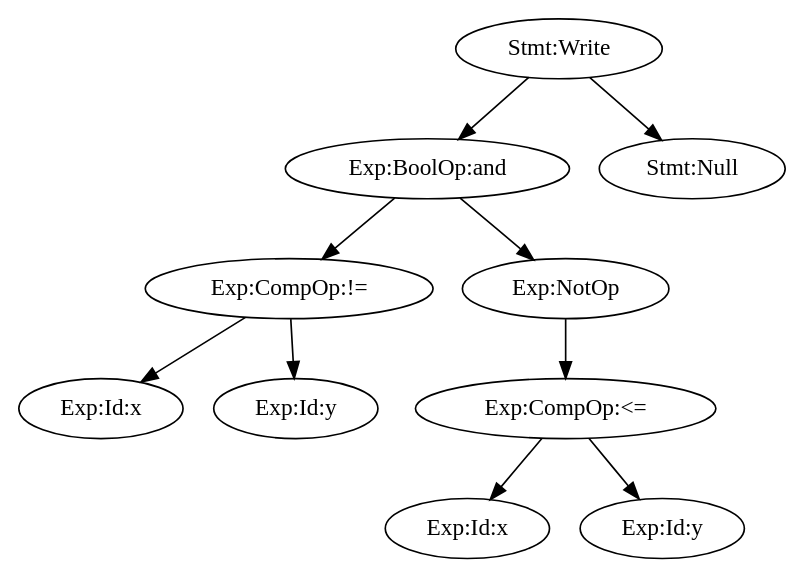
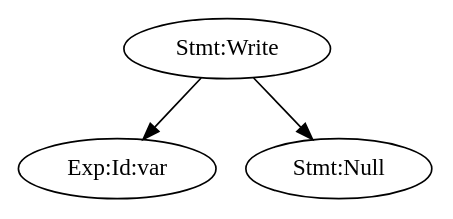
One commit to bpull/fall16 changed the diagram in proglang/labs/07/spl.dot. Above: the diagram before and after it, drawn with Graphviz. The commit also changed 5 other files, not shown here.

Commit message:
work on graphics proj1

```diff
--- a/proglang/labs/07/spl.dot
+++ b/proglang/labs/07/spl.dot
@@ -1,21 +1,7 @@
 digraph AST {
 	n1 [label="Stmt:Write"];
-	n2 [label="Exp:BoolOp:and"];
-	n3 [label="Exp:CompOp:!="];
-	n4 [label="Exp:Id:x"];
-	n3 -> n4;
-	n5 [label="Exp:Id:y"];
-	n3 -> n5;
-	n2 -> n3;
-	n6 [label="Exp:NotOp"];
-	n7 [label="Exp:CompOp:<="];
-	n8 [label="Exp:Id:x"];
-	n7 -> n8;
-	n9 [label="Exp:Id:y"];
-	n7 -> n9;
-	n6 -> n7;
-	n2 -> n6;
+	n2 [label="Exp:Id:var"];
 	n1 -> n2;
-	n10 [label="Stmt:Null"];
-	n1 -> n10;
+	n3 [label="Stmt:Null"];
+	n1 -> n3;
 }
```
